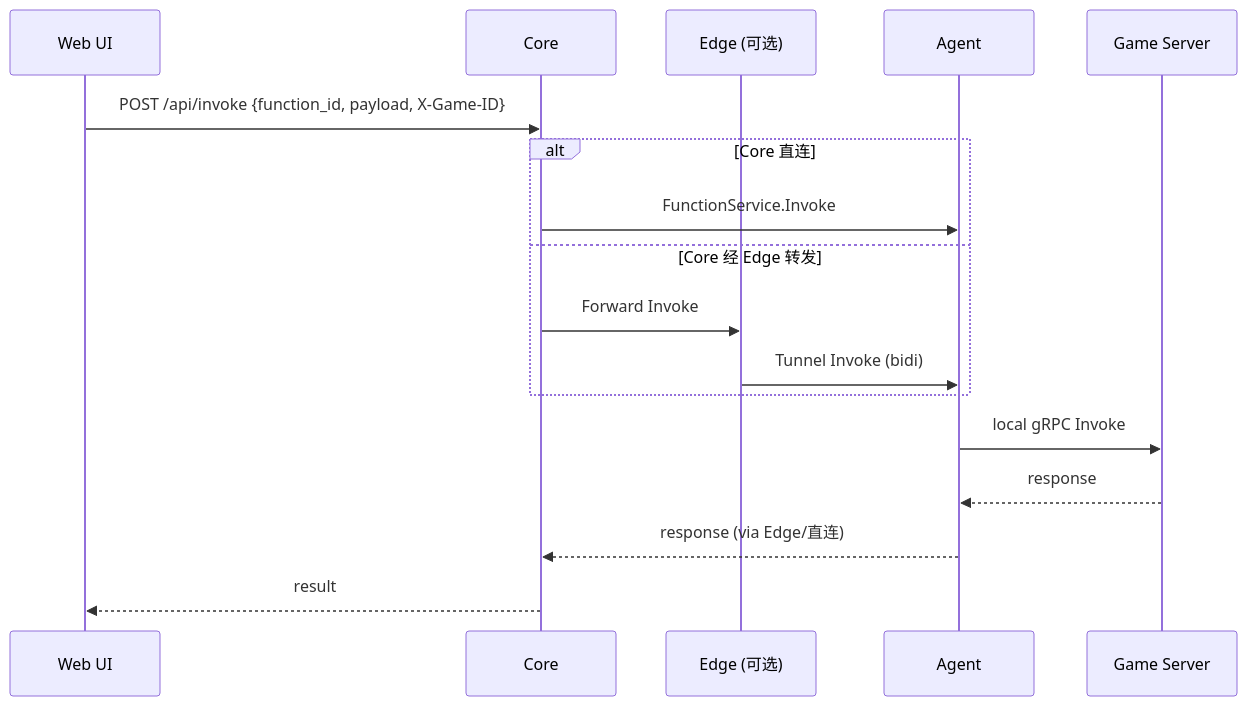
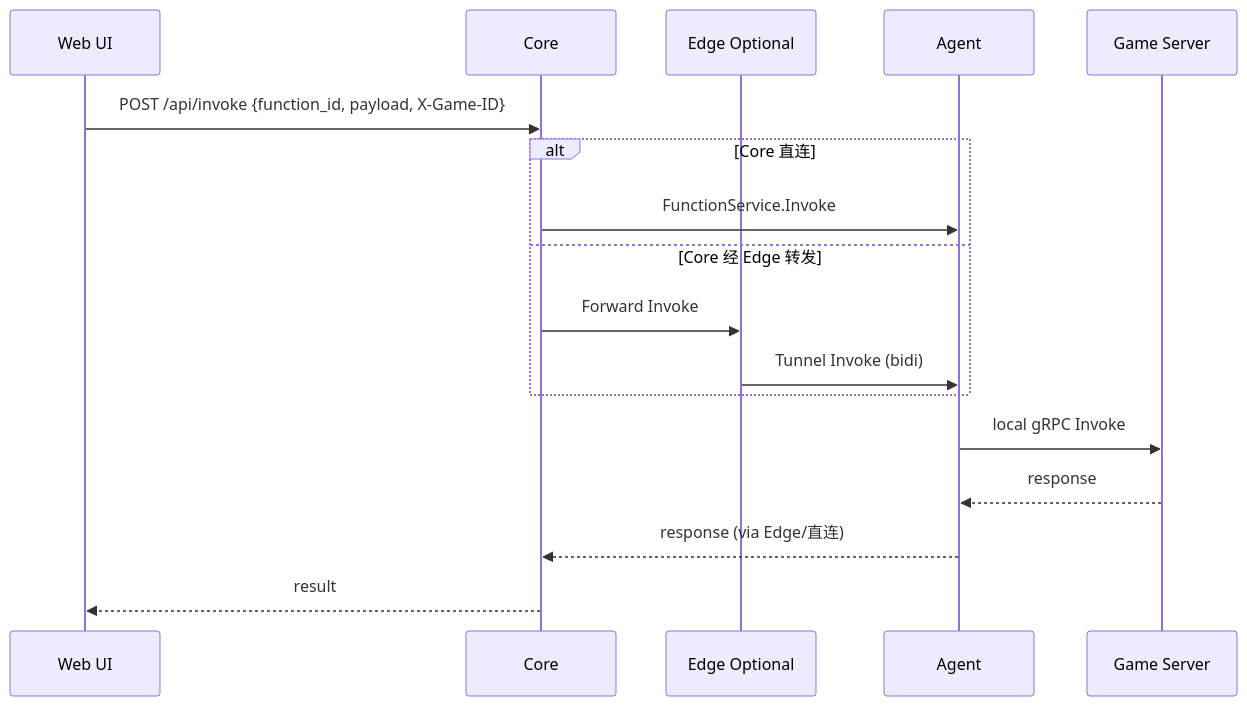
The second of 4 diagrams in README.md (cuihairu/croupier), drawn with Mermaid before and after one commit. The commit also changed other lines of this file and 23 other files, not shown here.

````diff
--- a/README.md
+++ b/README.md
@@ -45,19 +51,19 @@
 ```mermaid
 sequenceDiagram
   participant UI as Web UI
   participant Core as Core
-  participant Edge as Edge (可选)
+  participant Edge as Edge Optional
   participant Agent as Agent
   participant GS as Game Server
   UI->>Core: POST /api/invoke {function_id, payload, X-Game-ID}
   alt Core 直连
     Core->>Agent: FunctionService.Invoke
   else Core 经 Edge 转发
     Core->>Edge: Forward Invoke
     Edge->>Agent: Tunnel Invoke (bidi)
   end
   Agent->>GS: local gRPC Invoke
   GS-->>Agent: response
   Agent-->>Core: response (via Edge/直连)
   Core-->>UI: result
 ```
````
